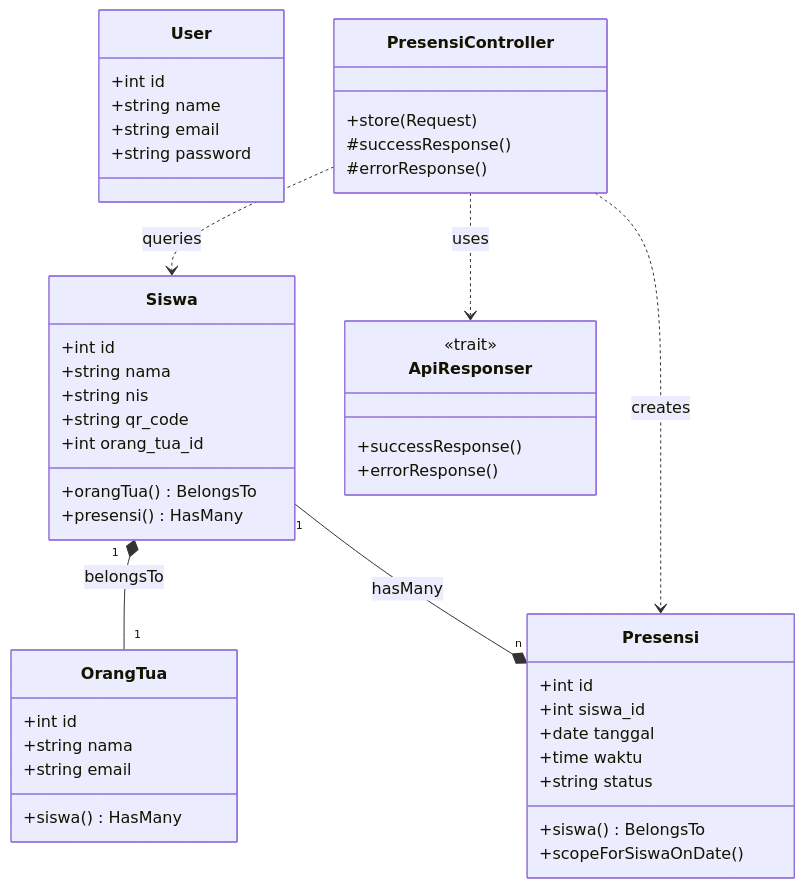
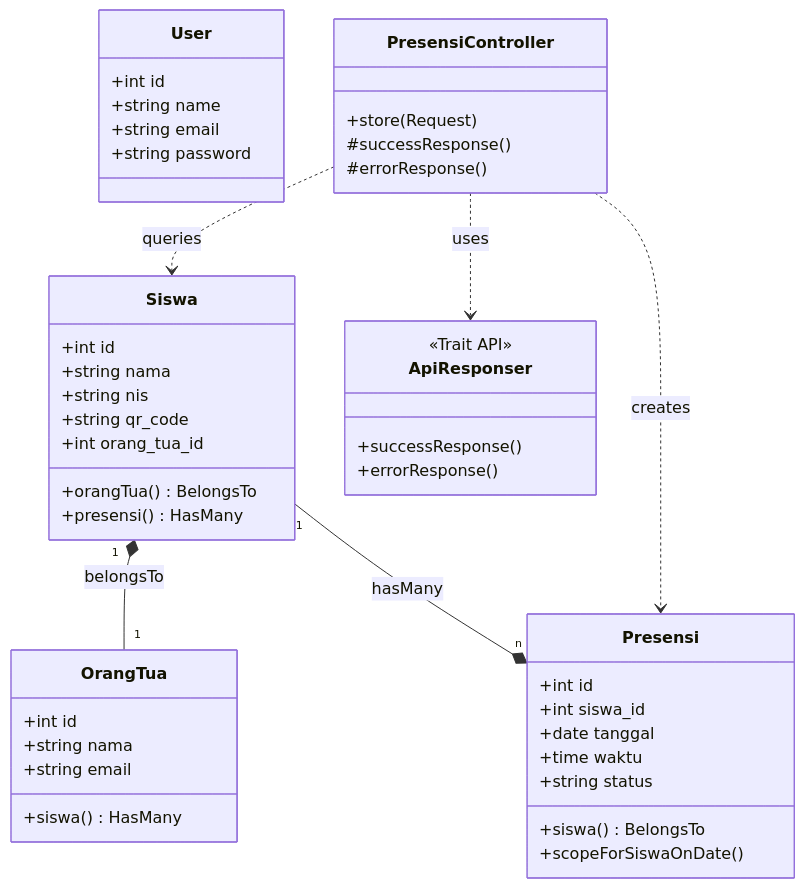
The diagram in docs/Jurnal/Diagram/ClassDiagram.md (DimasVSuper/Sistem-Informasi-Presensi-Siswa-Laravel-11), drawn with Mermaid before and after one commit.

Commit message:
docs: add package, sequence, and class diagrams for system architecture documentation

````diff
--- a/docs/Jurnal/Diagram/ClassDiagram.md
+++ b/docs/Jurnal/Diagram/ClassDiagram.md
@@ -5,54 +5,54 @@
 ```mermaid
 classDiagram
     class Siswa {
         +int id
         +string nama
         +string nis
         +string qr_code
         +int orang_tua_id
         +orangTua() BelongsTo
         +presensi() HasMany
     }
 
     class OrangTua {
         +int id
         +string nama
         +string email
         +siswa() HasMany
     }
 
     class Presensi {
         +int id
         +int siswa_id
         +date tanggal
         +time waktu
         +string status
         +siswa() BelongsTo
         +scopeForSiswaOnDate()
     }
 
     class User {
         +int id
         +string name
         +string email
         +string password
     }
 
     class PresensiController {
         +store(Request)
         #successResponse()
         #errorResponse()
     }
 
     class ApiResponser {
-        <<trait>>
+        <<Trait API>>
         +successResponse()
         +errorResponse()
     }
 
     Siswa "1" *-- "1" OrangTua : belongsTo
     Siswa "1" --* "n" Presensi : hasMany
     PresensiController ..> Siswa : queries
     PresensiController ..> Presensi : creates
     PresensiController ..> ApiResponser : uses
 ```
````
